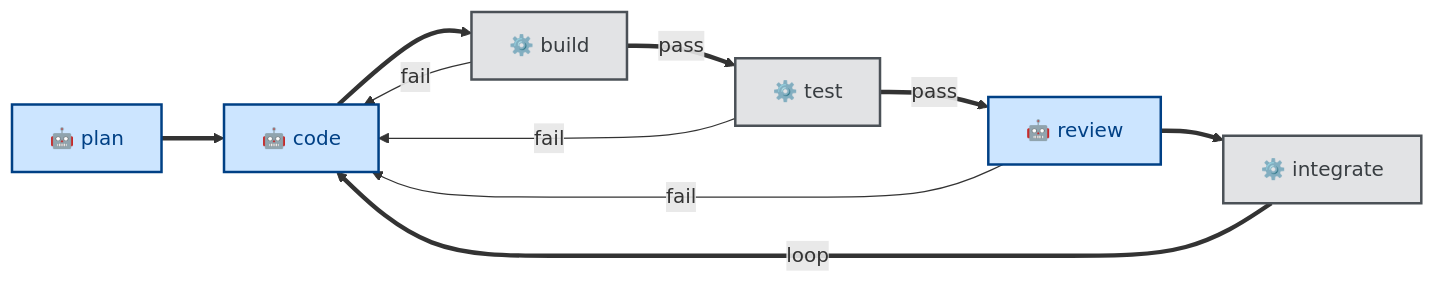
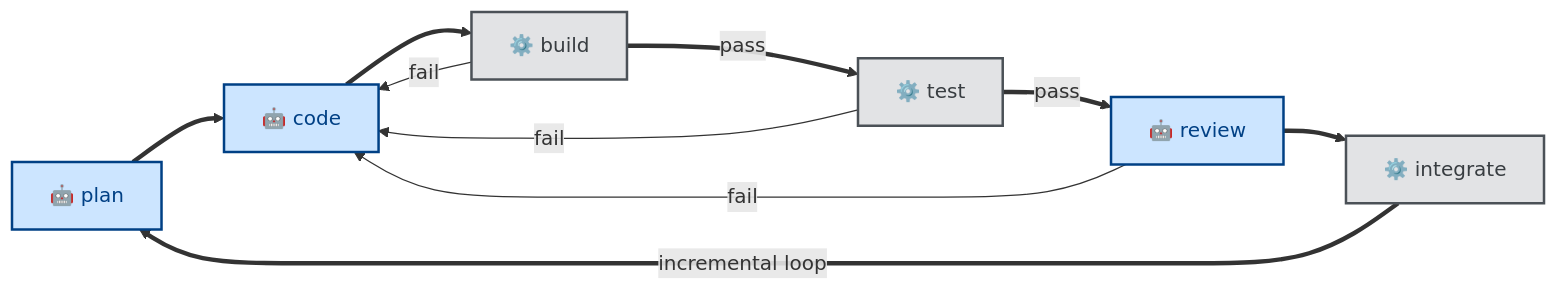
The second of 2 diagrams in docs/design-notes.md (kieranpotts/skills), drawn with Mermaid before and after one commit. The commit also changed other lines of this file, not shown here.

````diff
--- a/docs/design-notes.md
+++ b/docs/design-notes.md
@@ -146,23 +165,23 @@
 ```mermaid
 flowchart LR
   plan["🤖 plan"]:::primary
   code["🤖 code"]:::primary
   build["⚙️ build"]:::scripted
   test["⚙️ test"]:::scripted
   review["🤖 review"]:::primary
   integrate["⚙️ integrate"]:::scripted
 
   plan ==> code
   code ==> build
   build == pass ==> test
   test == pass ==> review
   review ==> integrate
 
   build -- fail --> code
   test -- fail --> code
   review -- fail --> code
-  integrate == loop ==> code
+  integrate == incremental loop ==> plan
 
   classDef primary fill:#cce5ff,stroke:#004085,color:#004085,stroke-width:2px
   classDef scripted fill:#e2e3e5,stroke:#4b5157,color:#383d41,stroke-width:2px
 ```
````
